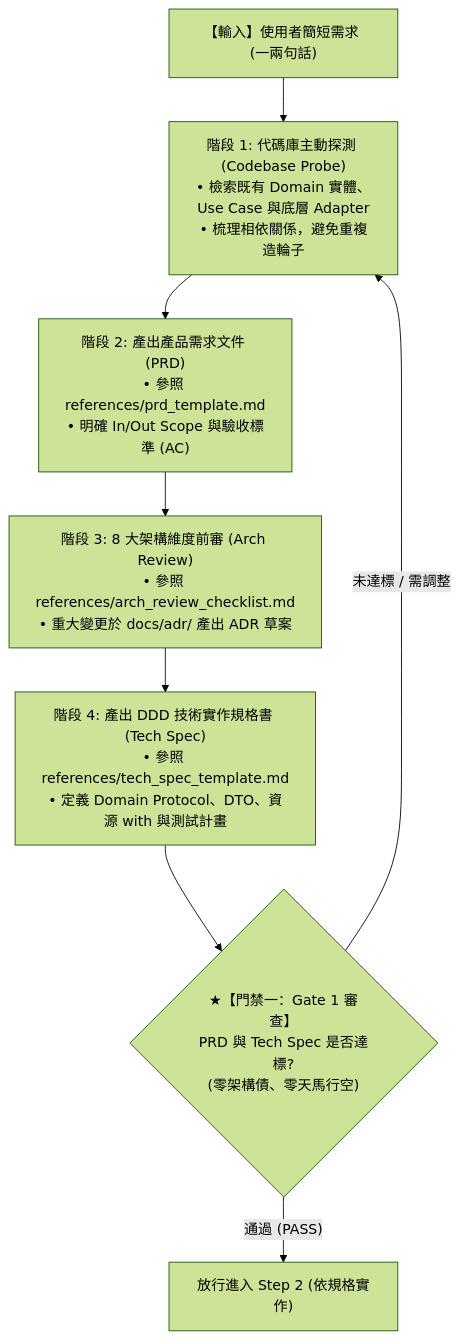
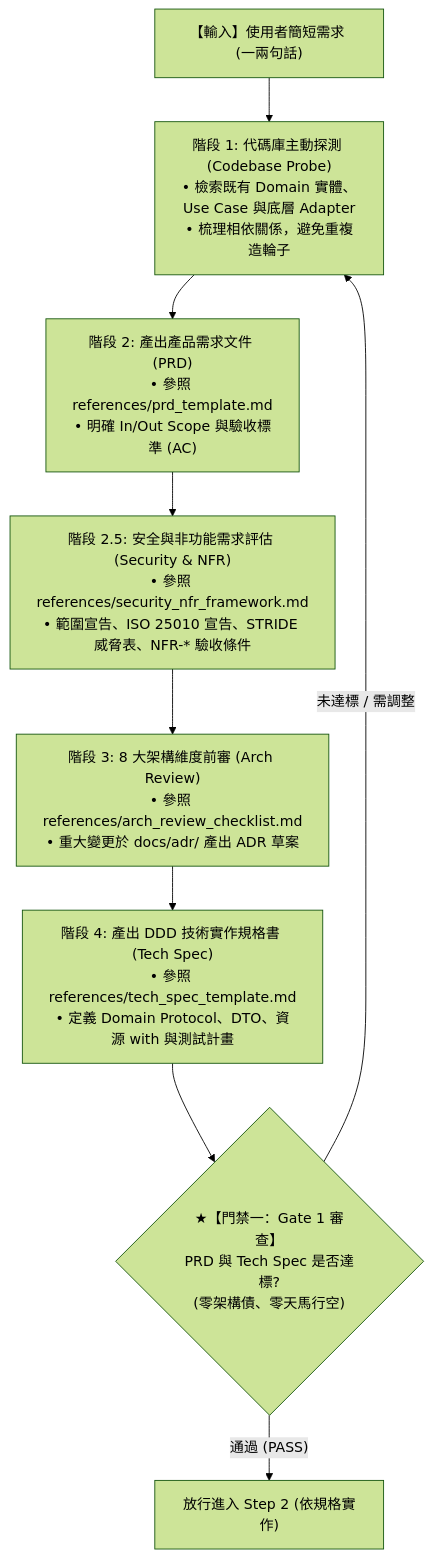
Before and after one commit to williamcccc/resume-transform-search: the diagram in .agents/skills/feature-design/SKILL.md, drawn with Mermaid (forest theme). The commit also changed other lines of this file and 37 other files, not shown here.

````diff
--- a/.agents/skills/feature-design/SKILL.md
+++ b/.agents/skills/feature-design/SKILL.md
@@ -19,10 +19,11 @@
 ```mermaid
 flowchart TD
     Start["【輸入】使用者簡短需求 (一兩句話)"] --> Phase1["階段 1: 代碼庫主動探測 (Codebase Probe)<br>• 檢索既有 Domain 實體、Use Case 與底層 Adapter<br>• 梳理相依關係，避免重複造輪子"]
     Phase1 --> Phase2["階段 2: 產出產品需求文件 (PRD)<br>• 參照 references/prd_template.md<br>• 明確 In/Out Scope 與驗收標準 (AC)"]
-    Phase2 --> Phase3["階段 3: 8 大架構維度前審 (Arch Review)<br>• 參照 references/arch_review_checklist.md<br>• 重大變更於 docs/adr/ 產出 ADR 草案"]
+    Phase2 --> Phase25["階段 2.5: 安全與非功能需求評估 (Security & NFR)<br>• 參照 references/security_nfr_framework.md<br>• 範圍宣告、ISO 25010 宣告、STRIDE 威脅表、NFR-* 驗收條件"]
+    Phase25 --> Phase3["階段 3: 8 大架構維度前審 (Arch Review)<br>• 參照 references/arch_review_checklist.md<br>• 重大變更於 docs/adr/ 產出 ADR 草案"]
     Phase3 --> Phase4["階段 4: 產出 DDD 技術實作規格書 (Tech Spec)<br>• 參照 references/tech_spec_template.md<br>• 定義 Domain Protocol、DTO、資源 with 與測試計畫"]
     Phase4 --> Gate1{"★【門禁一：Gate 1 審查】<br>PRD 與 Tech Spec 是否達標?<br>(零架構債、零天馬行空)"}
     Gate1 -->|"未達標 / 需調整"| Phase1
     Gate1 -->|"通過 (PASS)"| Ready["放行進入 Step 2 (依規格實作)"]
 ```
````
